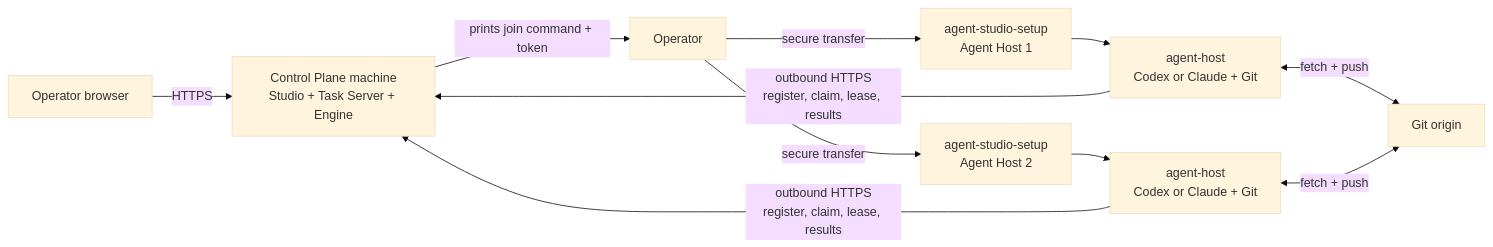
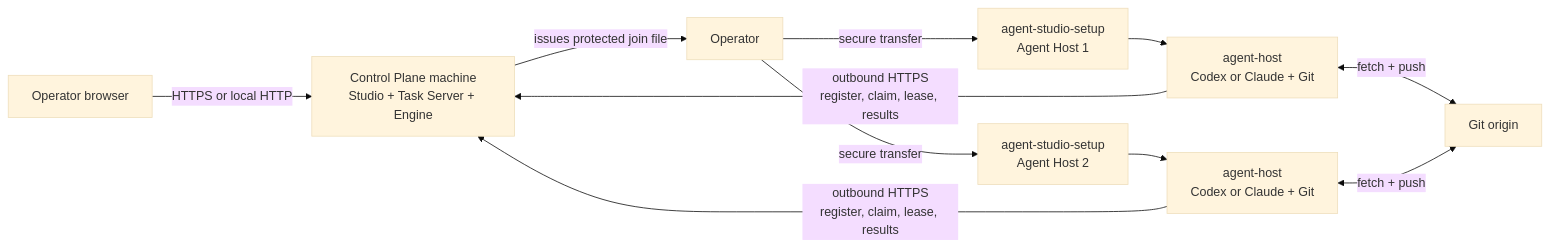
One commit to agent-orc/agent-studio changed the diagram in docs/operations/setup/multi-machine.md. Above: the diagram before and after it, drawn with Mermaid (base theme). The commit also changed other lines of this file and 12 other files, not shown here.

````diff
--- a/docs/operations/setup/multi-machine.md
+++ b/docs/operations/setup/multi-machine.md
@@ -12,13 +12,13 @@
 ```mermaid
 flowchart LR
-    Browser["Operator browser"] -->|"HTTPS"| CP["Control Plane machine<br/>Studio + Task Server + Engine"]
-    CP -->|"prints join command + token"| Operator["Operator"]
+    Browser["Operator browser"] -->|"HTTPS or local HTTP"| CP["Control Plane machine<br/>Studio + Task Server + Engine"]
+    CP -->|"issues protected join file"| Operator["Operator"]
     Operator -->|"secure transfer"| Setup1["agent-studio-setup<br/>Agent Host 1"]
     Operator -->|"secure transfer"| Setup2["agent-studio-setup<br/>Agent Host 2"]
     Setup1 --> Host1["agent-host<br/>Codex or Claude + Git"]
     Setup2 --> Host2["agent-host<br/>Codex or Claude + Git"]
     Host1 -->|"outbound HTTPS<br/>register, claim, lease, results"| CP
     Host2 -->|"outbound HTTPS<br/>register, claim, lease, results"| CP
     Host1 <-->|"fetch + push"| Git["Git origin"]
     Host2 <-->|"fetch + push"| Git
 ```
````
